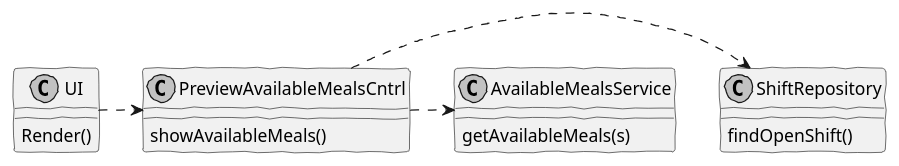
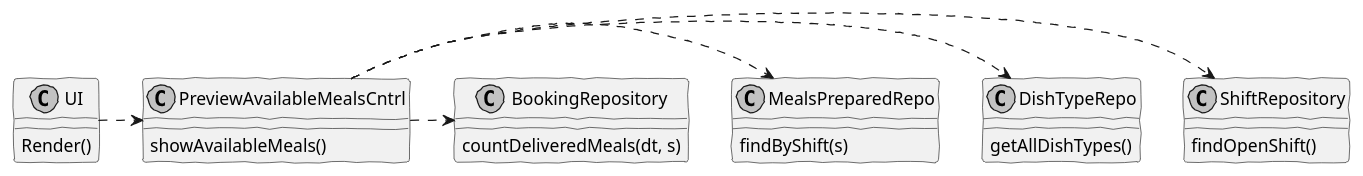
One commit to Ren1140822/EAPLI changed the diagram in documentation/CashierOperations/UC-CO-04-PreviewAvailableMeals/PreviewAvailableMealsCD.puml. Above: the diagram before and after it, drawn with PlantUML. The commit also changed 7 other files, not shown here.

Commit message:
updates UC analysis & design diagrams [UC-CO-04][issue #27][peer-programming @ivoferroo]

```diff
--- a/documentation/CashierOperations/UC-CO-04-PreviewAvailableMeals/PreviewAvailableMealsCD.puml
+++ b/documentation/CashierOperations/UC-CO-04-PreviewAvailableMeals/PreviewAvailableMealsCD.puml
@@ -1,24 +1,31 @@
 @startuml
 
 'http://plantuml.com/skinparam.html
 skinparam handwritten true
 skinparam monochrome true
 skinparam packageStyle rect
 skinparam defaultFontName FG Virgil
 skinparam shadowing false
 
 class UI
 class PreviewAvailableMealsCntrl
 class ShiftRepository
-class AvailableMealsService
+class DishTypeRepo
+class MealsPreparedRepo
+class BookingRepository
+
 
 UI .> PreviewAvailableMealsCntrl
 PreviewAvailableMealsCntrl .> ShiftRepository
-PreviewAvailableMealsCntrl .> AvailableMealsService
+PreviewAvailableMealsCntrl .> DishTypeRepo
+PreviewAvailableMealsCntrl .> MealsPreparedRepo
+PreviewAvailableMealsCntrl .> BookingRepository
 
 UI : Render()
 PreviewAvailableMealsCntrl : showAvailableMeals()
 ShiftRepository : findOpenShift()
-AvailableMealsService : getAvailableMeals(s)
+DishTypeRepo : getAllDishTypes()
+MealsPreparedRepo : findByShift(s)
+BookingRepository : countDeliveredMeals(dt, s)
 
 @enduml
```
